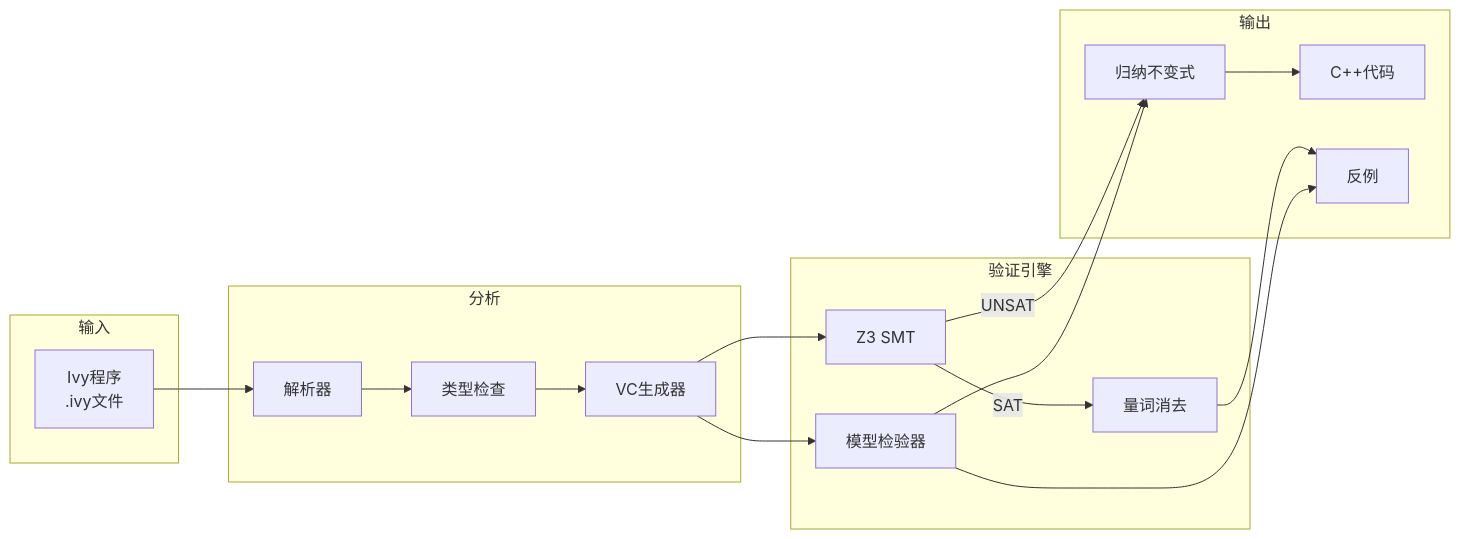
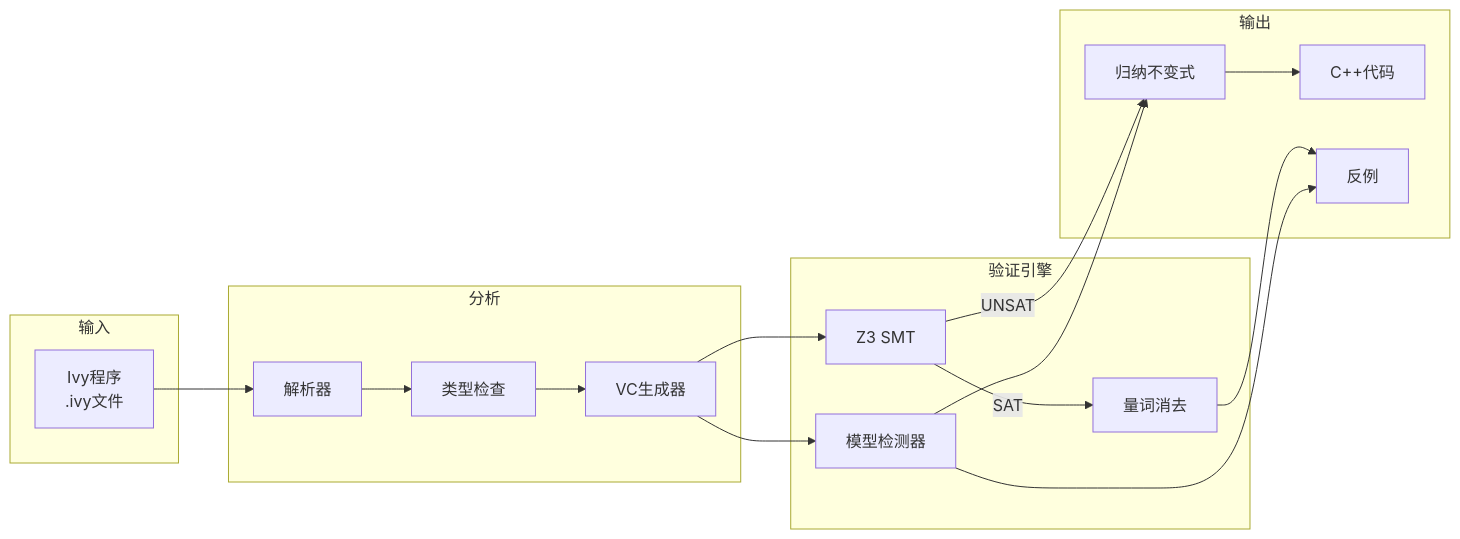
Before and after one commit to AdaMartin18010/AnalysisDataFlow: the first of 5 diagrams in formal-methods/06-tools/academic/07-ivy.md, drawn with Mermaid. The commit also changed other lines of this file and 129 other files, not shown here.

````diff
--- a/formal-methods/06-tools/academic/07-ivy.md
+++ b/formal-methods/06-tools/academic/07-ivy.md
@@ -110,36 +110,36 @@
 ```mermaid
 graph LR
     subgraph 输入
         Ivy[Ivy程序<br/>.ivy文件]
     end
 
     subgraph 分析
         Parser[解析器]
         TypeCheck[类型检查]
         VCGen[VC生成器]
     end
 
     subgraph 验证引擎
         Z3[Z3 SMT]
-        MC[模型检验器]
+        MC[模型检测器]
         QE[量词消去]
     end
 
     subgraph 输出
         CPlusPlus[C++代码]
         Invariant[归纳不变式]
         Counterexample[反例]
     end
 
     Ivy --> Parser
     Parser --> TypeCheck
     TypeCheck --> VCGen
     VCGen --> Z3
     VCGen --> MC
     Z3 -->|UNSAT| Invariant
     Z3 -->|SAT| QE
     QE --> Counterexample
     MC --> Invariant
     MC --> Counterexample
     Invariant --> CPlusPlus
 ```
````
